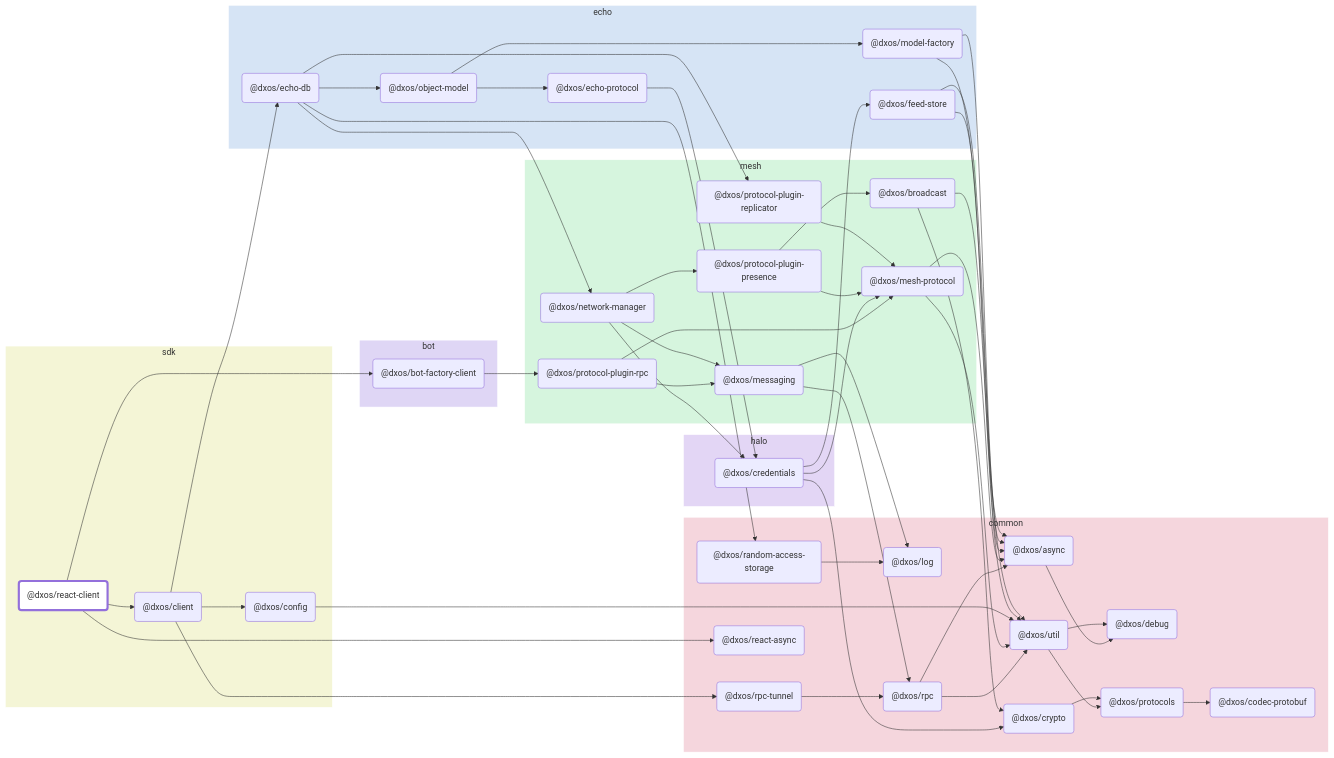
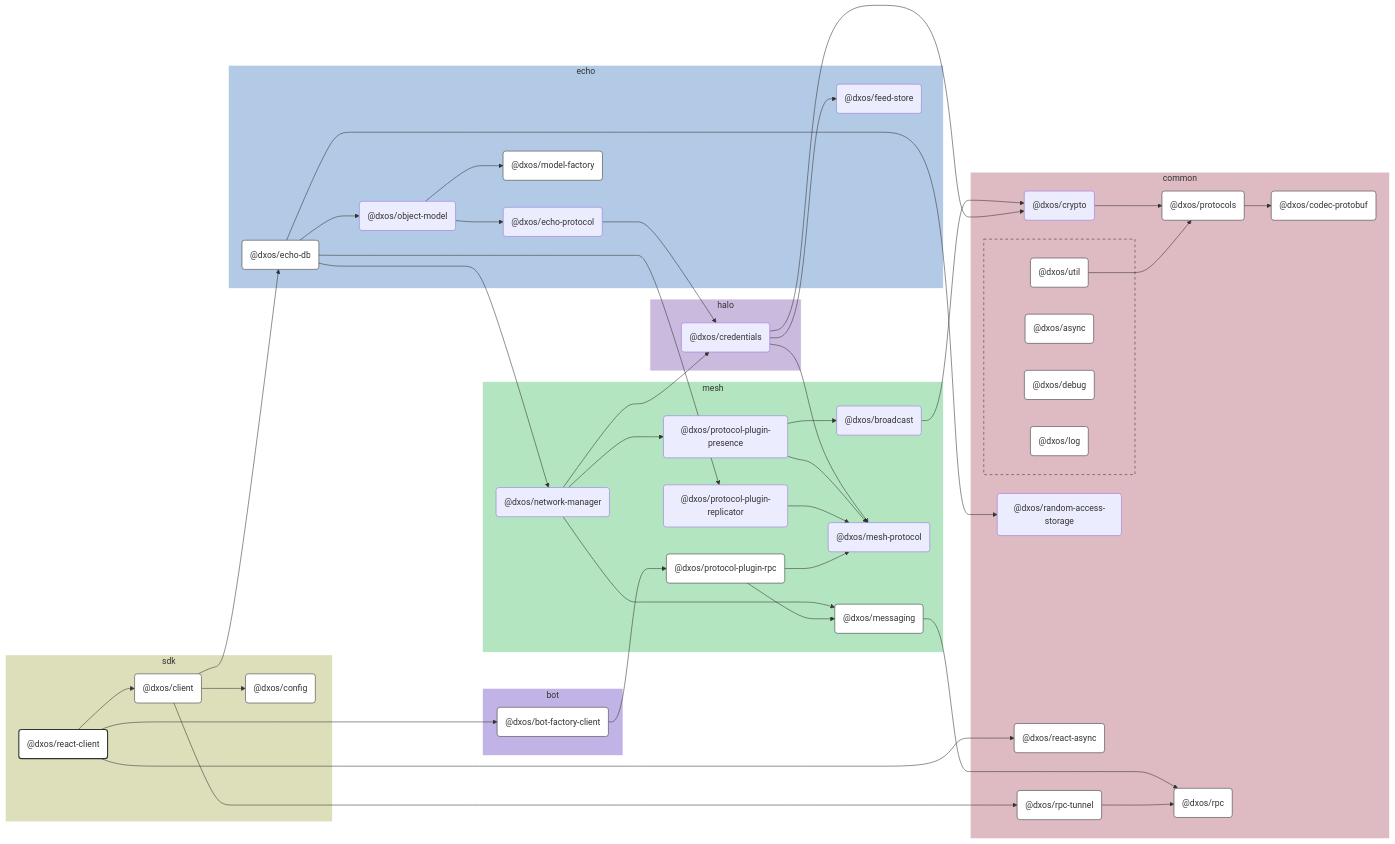
Before and after one commit to dxos/dxos: the diagram in packages/sdk/react-client/docs/README.md, drawn with Mermaid. The commit also changed 100 other files, not shown here.

````diff
--- a/packages/sdk/react-client/docs/README.md
+++ b/packages/sdk/react-client/docs/README.md
@@ -7,120 +7,145 @@
 ```mermaid
-flowchart LR;
+%%{ init: {'flowchart':{'curve':'basis'}} }%%
 
-style dxos/react-client fill:#fff,stroke-width:4px;
+flowchart LR
 
-click dxos/async "https:/github.com/dxos/dxos/tree/main/packages/common/async/docs";
-click dxos/debug "https:/github.com/dxos/dxos/tree/main/packages/common/debug/docs";
-click dxos/bot-factory-client "https:/github.com/dxos/dxos/tree/main/packages/bot/bot-factory-client/docs";
-click dxos/codec-protobuf "https:/github.com/dxos/dxos/tree/main/packages/common/codec-protobuf/docs";
-click dxos/protocol-plugin-rpc "https:/github.com/dxos/dxos/tree/main/packages/mesh/protocol-plugin-rpc/docs";
-click dxos/protocols "https:/github.com/dxos/dxos/tree/main/packages/common/protocols/docs";
-click dxos/rpc "https:/github.com/dxos/dxos/tree/main/packages/common/rpc/docs";
-click dxos/client "https:/github.com/dxos/dxos/tree/main/packages/sdk/client/docs";
-click dxos/config "https:/github.com/dxos/dxos/tree/main/packages/sdk/config/docs";
-click dxos/echo-db "https:/github.com/dxos/dxos/tree/main/packages/echo/echo-db/docs";
-click dxos/model-factory "https:/github.com/dxos/dxos/tree/main/packages/echo/model-factory/docs";
-click dxos/rpc-tunnel "https:/github.com/dxos/dxos/tree/main/packages/common/rpc-tunnel/docs";
-click dxos/messaging "https:/github.com/dxos/dxos/tree/main/packages/mesh/messaging/docs";
-click dxos/util "https:/github.com/dxos/dxos/tree/main/packages/common/util/docs";
-click dxos/log "https:/github.com/dxos/dxos/tree/main/packages/common/log/docs";
-click dxos/react-async "https:/github.com/dxos/dxos/tree/main/packages/common/react-async/docs";
+%% Links
+dxos/bot-factory-client --> dxos/protocol-plugin-rpc;
+dxos/broadcast --> dxos/crypto;
+dxos/client --> dxos/config;
+dxos/client --> dxos/echo-db;
+dxos/client --> dxos/rpc-tunnel;
+dxos/credentials --> dxos/crypto;
+dxos/credentials --> dxos/feed-store;
+dxos/credentials --> dxos/mesh-protocol;
+dxos/crypto --> dxos/protocols;
+dxos/echo-db --> dxos/network-manager;
+dxos/echo-db --> dxos/object-model;
+dxos/echo-db --> dxos/protocol-plugin-replicator;
+dxos/echo-db --> dxos/random-access-storage;
+dxos/echo-protocol --> dxos/credentials;
+dxos/messaging --> dxos/rpc;
+dxos/network-manager --> dxos/credentials;
+dxos/network-manager --> dxos/messaging;
+dxos/network-manager --> dxos/protocol-plugin-presence;
+dxos/object-model --> dxos/echo-protocol;
+dxos/object-model --> dxos/model-factory;
+dxos/protocol-plugin-presence --> dxos/broadcast;
+dxos/protocol-plugin-presence --> dxos/mesh-protocol;
+dxos/protocol-plugin-replicator --> dxos/mesh-protocol;
+dxos/protocol-plugin-rpc --> dxos/mesh-protocol;
+dxos/protocol-plugin-rpc --> dxos/messaging;
+dxos/protocols --> dxos/codec-protobuf;
+dxos/react-client --> dxos/bot-factory-client;
+dxos/react-client --> dxos/client;
+dxos/react-client --> dxos/react-async;
+dxos/rpc-tunnel --> dxos/rpc;
+dxos/util --> dxos/protocols;
 
+%% Sections
 subgraph sdk
-  style sdk fill:#f4f5d6,stroke:#fff;
-  dxos/react-client("@dxos/react-client");
-  dxos/client("@dxos/client");
-  dxos/config("@dxos/config");
+  style sdk fill:#dddeba,stroke:#fff;
+
+  dxos/client("@dxos/client")
+  dxos/config("@dxos/config")
+  dxos/react-client("@dxos/react-client")
 end
 
 subgraph common
-  style common fill:#f5d6dd,stroke:#fff;
-  dxos/async("@dxos/async");
-  dxos/debug("@dxos/debug");
-  dxos/codec-protobuf("@dxos/codec-protobuf");
-  dxos/log("@dxos/log");
-  dxos/protocols("@dxos/protocols");
-  dxos/rpc("@dxos/rpc");
-  dxos/util("@dxos/util");
-  dxos/crypto("@dxos/crypto");
-  dxos/random-access-storage("@dxos/random-access-storage");
-  dxos/rpc-tunnel("@dxos/rpc-tunnel");
-  dxos/react-async("@dxos/react-async");
+  style common fill:#debac2,stroke:#fff;
+
+  dxos/codec-protobuf("@dxos/codec-protobuf")
+  dxos/crypto("@dxos/crypto")
+  dxos/protocols("@dxos/protocols")
+  dxos/random-access-storage("@dxos/random-access-storage")
+  dxos/react-async("@dxos/react-async")
+  dxos/rpc("@dxos/rpc")
+  dxos/rpc-tunnel("@dxos/rpc-tunnel")
+
+  subgraph common-excluded [ ]
+    style common-excluded fill:#debac2,stroke:#333,stroke-dasharray:5 5;
+
+    dxos/async("@dxos/async")
+    dxos/debug("@dxos/debug")
+    dxos/log("@dxos/log")
+    dxos/util("@dxos/util")
+  end
 end
 
 subgraph bot
-  style bot fill:#dfd6f5,stroke:#fff;
-  dxos/bot-factory-client("@dxos/bot-factory-client");
+  style bot fill:#c2b3e6,stroke:#fff;
+
+  dxos/bot-factory-client("@dxos/bot-factory-client")
 end
 
 subgraph mesh
-  style mesh fill:#d6f5de,stroke:#fff;
-  dxos/protocol-plugin-rpc("@dxos/protocol-plugin-rpc");
-  dxos/messaging("@dxos/messaging");
-  dxos/mesh-protocol("@dxos/mesh-protocol");
-  dxos/network-manager("@dxos/network-manager");
-  dxos/protocol-plugin-presence("@dxos/protocol-plugin-presence");
-  dxos/broadcast("@dxos/broadcast");
-  dxos/protocol-plugin-replicator("@dxos/protocol-plugin-replicator");
+  style mesh fill:#b3e6c0,stroke:#fff;
+
+  dxos/broadcast("@dxos/broadcast")
+  dxos/mesh-protocol("@dxos/mesh-protocol")
+  dxos/messaging("@dxos/messaging")
+  dxos/network-manager("@dxos/network-manager")
+  dxos/protocol-plugin-presence("@dxos/protocol-plugin-presence")
+  dxos/protocol-plugin-replicator("@dxos/protocol-plugin-replicator")
+  dxos/protocol-plugin-rpc("@dxos/protocol-plugin-rpc")
 end
 
 subgraph echo
-  style echo fill:#d6e4f5,stroke:#fff;
-  dxos/echo-db("@dxos/echo-db");
-  dxos/feed-store("@dxos/feed-store");
-  dxos/echo-protocol("@dxos/echo-protocol");
-  dxos/model-factory("@dxos/model-factory");
-  dxos/object-model("@dxos/object-model");
+  style echo fill:#b3cae6,stroke:#fff;
+
+  dxos/echo-db("@dxos/echo-db")
+  dxos/echo-protocol("@dxos/echo-protocol")
+  dxos/feed-store("@dxos/feed-store")
+  dxos/model-factory("@dxos/model-factory")
+  dxos/object-model("@dxos/object-model")
 end
 
 subgraph halo
-  style halo fill:#e3d6f5,stroke:#fff;
-  dxos/credentials("@dxos/credentials");
+  style halo fill:#cabade,stroke:#fff;
+
+  dxos/credentials("@dxos/credentials")
 end
 
-dxos/async --> dxos/debug;
-dxos/react-client --> dxos/bot-factory-client;
-dxos/bot-factory-client --> dxos/protocol-plugin-rpc;
-dxos/protocol-plugin-rpc --> dxos/messaging;
-dxos/messaging --> dxos/log;
-dxos/protocols --> dxos/codec-protobuf;
-dxos/messaging --> dxos/rpc;
-dxos/rpc --> dxos/async;
-dxos/rpc --> dxos/util;
-dxos/util --> dxos/debug;
-dxos/util --> dxos/protocols;
-dxos/protocol-plugin-rpc --> dxos/mesh-protocol;
-dxos/mesh-protocol --> dxos/async;
-dxos/mesh-protocol --> dxos/util;
-dxos/react-client --> dxos/client;
-dxos/client --> dxos/config;
-dxos/config --> dxos/util;
-dxos/client --> dxos/echo-db;
-dxos/credentials --> dxos/crypto;
-dxos/crypto --> dxos/protocols;
-dxos/credentials --> dxos/feed-store;
-dxos/feed-store --> dxos/async;
-dxos/feed-store --> dxos/util;
-dxos/credentials --> dxos/mesh-protocol;
-dxos/echo-protocol --> dxos/credentials;
-dxos/model-factory --> dxos/async;
-dxos/model-factory --> dxos/util;
-dxos/echo-db --> dxos/network-manager;
-dxos/network-manager --> dxos/credentials;
-dxos/network-manager --> dxos/messaging;
-dxos/network-manager --> dxos/protocol-plugin-presence;
-dxos/protocol-plugin-presence --> dxos/broadcast;
-dxos/broadcast --> dxos/async;
-dxos/broadcast --> dxos/crypto;
-dxos/protocol-plugin-presence --> dxos/mesh-protocol;
-dxos/echo-db --> dxos/object-model;
-dxos/object-model --> dxos/echo-protocol;
-dxos/object-model --> dxos/model-factory;
-dxos/echo-db --> dxos/protocol-plugin-replicator;
-dxos/protocol-plugin-replicator --> dxos/mesh-protocol;
-dxos/echo-db --> dxos/random-access-storage;
-dxos/random-access-storage --> dxos/log;
-dxos/client --> dxos/rpc-tunnel;
-dxos/rpc-tunnel --> dxos/rpc;
-dxos/react-client --> dxos/react-async;
+
+%% Hyperlinks
+click dxos/async href "https:/github.com/dxos/dxos/tree/main/packages/common/async/docs";
+click dxos/bot-factory-client href "https:/github.com/dxos/dxos/tree/main/packages/bot/bot-factory-client/docs";
+click dxos/client href "https:/github.com/dxos/dxos/tree/main/packages/sdk/client/docs";
+click dxos/codec-protobuf href "https:/github.com/dxos/dxos/tree/main/packages/common/codec-protobuf/docs";
+click dxos/config href "https:/github.com/dxos/dxos/tree/main/packages/sdk/config/docs";
+click dxos/debug href "https:/github.com/dxos/dxos/tree/main/packages/common/debug/docs";
+click dxos/echo-db href "https:/github.com/dxos/dxos/tree/main/packages/echo/echo-db/docs";
+click dxos/log href "https:/github.com/dxos/dxos/tree/main/packages/common/log/docs";
+click dxos/messaging href "https:/github.com/dxos/dxos/tree/main/packages/mesh/messaging/docs";
+click dxos/model-factory href "https:/github.com/dxos/dxos/tree/main/packages/echo/model-factory/docs";
+click dxos/protocol-plugin-rpc href "https:/github.com/dxos/dxos/tree/main/packages/mesh/protocol-plugin-rpc/docs";
+click dxos/protocols href "https:/github.com/dxos/dxos/tree/main/packages/common/protocols/docs";
+click dxos/react-async href "https:/github.com/dxos/dxos/tree/main/packages/common/react-async/docs";
+click dxos/rpc href "https:/github.com/dxos/dxos/tree/main/packages/common/rpc/docs";
+click dxos/rpc-tunnel href "https:/github.com/dxos/dxos/tree/main/packages/common/rpc-tunnel/docs";
+click dxos/util href "https:/github.com/dxos/dxos/tree/main/packages/common/util/docs";
+
+%% Styles
+classDef rootNode fill:#fff,stroke:#333,stroke-width:2px
+classDef defaultNode fill:#fff,stroke:#333,stroke-width:1px
+linkStyle default stroke:#333,stroke-width:1px
+
+dxos/react-client:::rootNode
+
+dxos/async:::defaultNode
+dxos/bot-factory-client:::defaultNode
+dxos/client:::defaultNode
+dxos/codec-protobuf:::defaultNode
+dxos/config:::defaultNode
+dxos/debug:::defaultNode
+dxos/echo-db:::defaultNode
+dxos/log:::defaultNode
+dxos/messaging:::defaultNode
+dxos/model-factory:::defaultNode
+dxos/protocol-plugin-rpc:::defaultNode
+dxos/protocols:::defaultNode
+dxos/react-async:::defaultNode
+dxos/rpc:::defaultNode
+dxos/rpc-tunnel:::defaultNode
+dxos/util:::defaultNode
 ```
````
